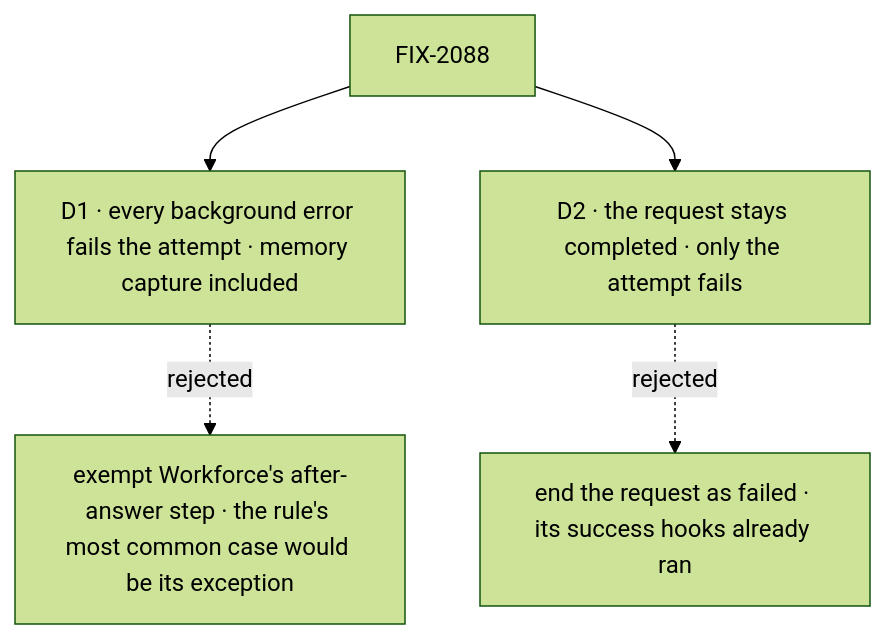
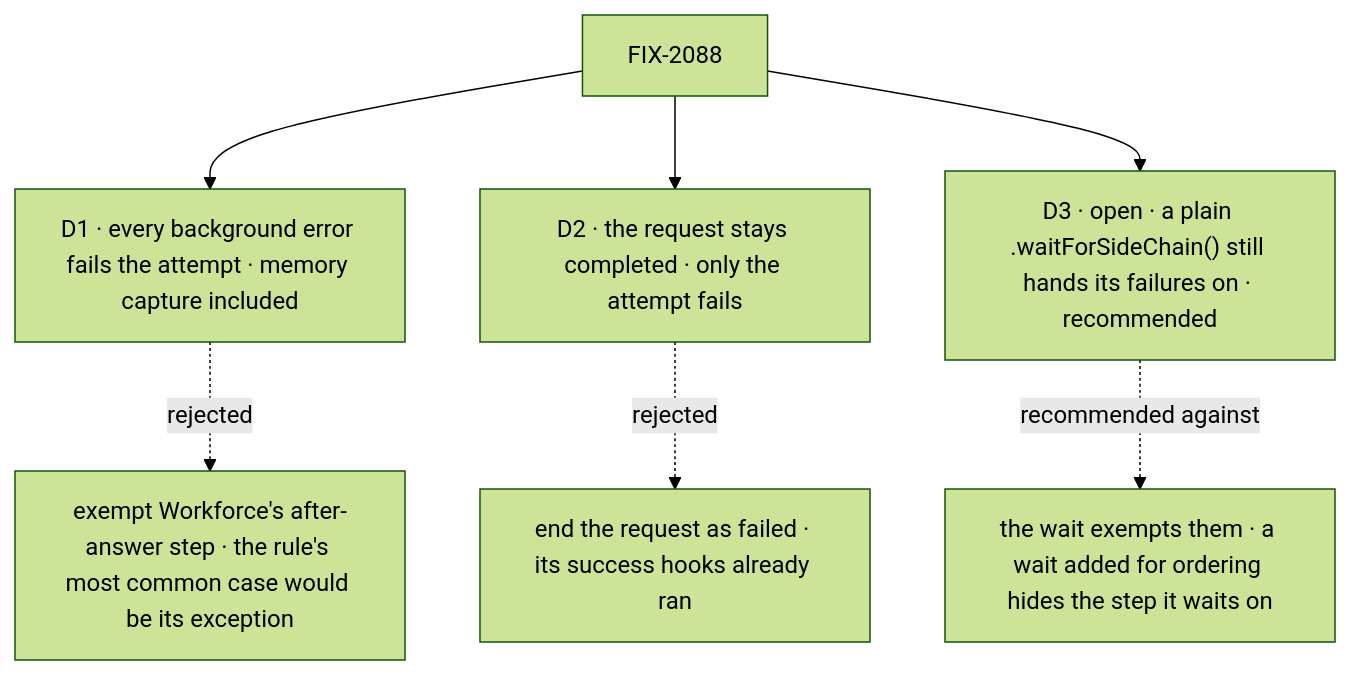
The diagram in specs/issues/FIX-2088/DECISIONS.md (fixpoint-labs/flow-state-dev), drawn with Mermaid (forest theme) before and after one commit. The commit also changed other lines of this file and 1 other file, not shown here.

First line of the commit message:
spec(FIX-2088): review round 2 — legs for every admitted request, resume reruns decide, D3 open

````diff
--- a/specs/issues/FIX-2088/DECISIONS.md
+++ b/specs/issues/FIX-2088/DECISIONS.md
@@ -10,7 +10,9 @@
 ```mermaid
 flowchart TD
   I["FIX-2088"] --> D1["D1 · every background error fails the attempt · memory capture included"]
   D1 -.->|"rejected"| X1["exempt Workforce's after-answer step · the rule's most common case would be its exception"]
   I --> D2["D2 · the request stays completed · only the attempt fails"]
   D2 -.->|"rejected"| X2["end the request as failed · its success hooks already ran"]
+  I --> D3["D3 · open · a plain .waitForSideChain() still hands its failures on · recommended"]
+  D3 -.->|"recommended against"| X3["the wait exempts them · a wait added for ordering hides the step it waits on"]
 ```
````
